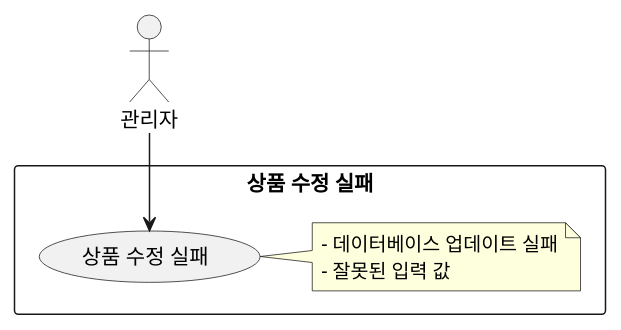
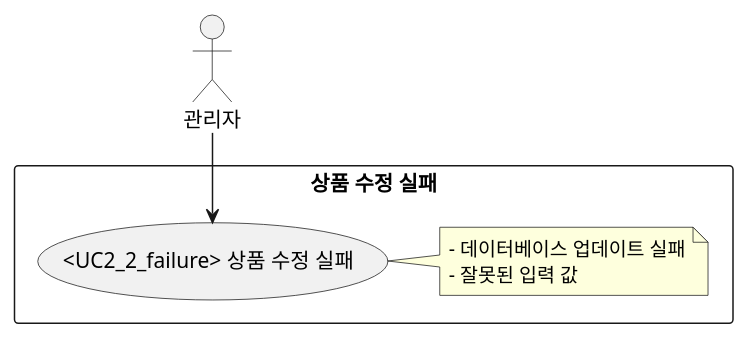
The diagram in docs/uml/admin/product/uc2_2_failure.puml (f-lab-edu/mini-mart), drawn with PlantUML before and after one commit. The commit also changed 55 other files, not shown here.

```diff
--- a/docs/uml/admin/product/uc2_2_failure.puml
+++ b/docs/uml/admin/product/uc2_2_failure.puml
@@ -1,13 +1,13 @@
 @startuml
 actor "관리자" as Admin
 
 rectangle "상품 수정 실패" {
-  usecase "상품 수정 실패" as UC2_2_failure
+  usecase "<UC2_2_failure> 상품 수정 실패" as UC2_2_failure
   note right
   - 데이터베이스 업데이트 실패
   - 잘못된 입력 값
   end note
 }
 
 Admin --> UC2_2_failure
 @enduml
```
